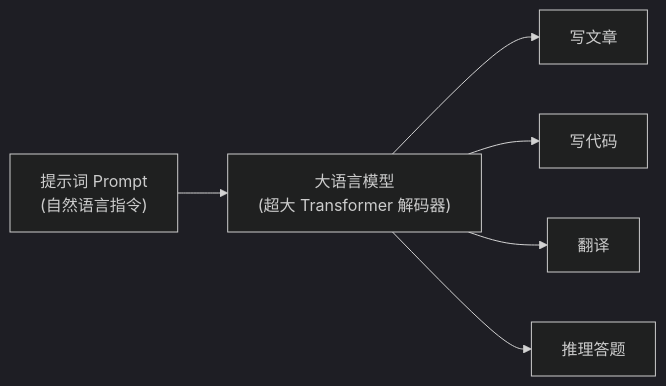
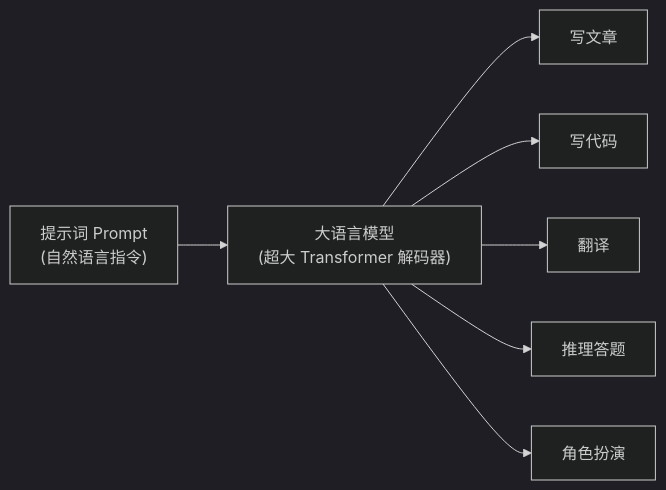
The second of 8 diagrams in transformer-学习资料/第11章-Transformer的广泛应用.md (zerioo1970/summary), drawn with Mermaid (dark theme) before and after one commit. The commit also changed other lines of this file and 6 other files, not shown here.

Commit message:
大幅扩写第1、2、8-12章:新增导览/数值示例/深入原理/FAQ/更多图解

````diff
--- a/transformer-学习资料/第11章-Transformer的广泛应用.md
+++ b/transformer-学习资料/第11章-Transformer的广泛应用.md
@@ -26,8 +43,9 @@
 ```mermaid
 flowchart LR
     P["提示词 Prompt<br/>(自然语言指令)"] --> LLM["大语言模型<br/>(超大 Transformer 解码器)"]
     LLM --> O1["写文章"]
     LLM --> O2["写代码"]
     LLM --> O3["翻译"]
     LLM --> O4["推理答题"]
+    LLM --> O5["角色扮演"]
 ```
````
